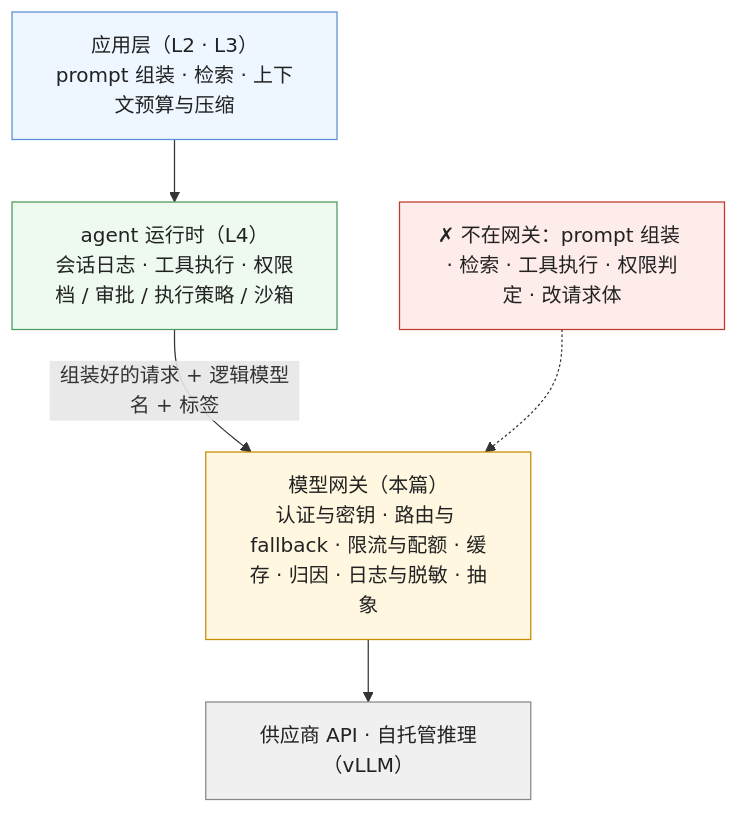
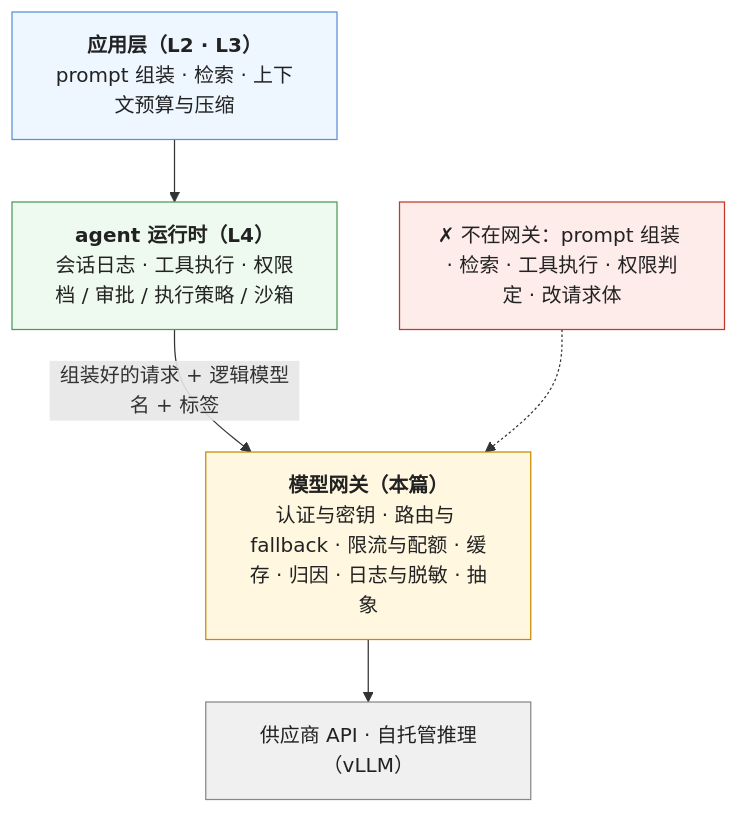
One commit to arganzheng/arganzheng.github.com changed the fifth of 5 diagrams in _posts/2026-11-08-model-gateway-the-layer-every-call-goes-through.md. Above: the diagram before and after it, drawn with Mermaid. The commit also changed other lines of this file and 7 other files, not shown here.

First line of the commit message:
生产化与运营：让 AI 应用可靠、可控、可持续地跑：Mermaid 多行方框的首行标为标题（8 篇）

````diff
--- a/_posts/2026-11-08-model-gateway-the-layer-every-call-goes-through.md
+++ b/_posts/2026-11-08-model-gateway-the-layer-every-call-goes-through.md
@@ -189,20 +189,20 @@
 ```mermaid
 %% 图：网关在栈里的位置——上面是应用层（prompt 组装 · 检索 · 上下文管理）与 agent 运行时（会话 · 工具执行 · 权限四层），它们组装好请求经网关调模型；网关只管调用这一跳的七件事，不碰业务逻辑、不改请求体、不参与工具执行与权限判定；下面是供应商与自托管推理
 flowchart TB
-    APP["应用层（L2 · L3）<br/>prompt 组装 · 检索 · 上下文预算与压缩"]
-    RT["agent 运行时（L4）<br/>会话日志 · 工具执行 · 权限档 / 审批 / 执行策略 / 沙箱"]
-    GW["模型网关（本篇）<br/>认证与密钥 · 路由与 fallback · 限流与配额 · 缓存 · 归因 · 日志与脱敏 · 抽象"]
+    APP["<b>应用层（L2 · L3）</b><br/>prompt 组装 · 检索 · 上下文预算与压缩"]
+    RT["<b>agent 运行时（L4）</b><br/>会话日志 · 工具执行 · 权限档 / 审批 / 执行策略 / 沙箱"]
+    GW["<b>模型网关（本篇）</b><br/>认证与密钥 · 路由与 fallback · 限流与配额 · 缓存 · 归因 · 日志与脱敏 · 抽象"]
     V["供应商 API · 自托管推理（vLLM）"]
     APP --> RT -->|"组装好的请求 + 逻辑模型名 + 标签"| GW --> V
     X1["✗ 不在网关：prompt 组装 · 检索 · 工具执行 · 权限判定 · 改请求体"] -.-> GW
     classDef a fill:#eef6ff,stroke:#5b8fd6,color:#222
     classDef r fill:#eefaf0,stroke:#4d9a5c,color:#222
     classDef g fill:#fff7e0,stroke:#c98a00,color:#222
     classDef v fill:#f0f0f0,stroke:#888,color:#222
     classDef bad fill:#fdecea,stroke:#c0392b,color:#222
     class APP a
     class RT r
     class GW g
     class V v
     class X1 bad
 ```
````
